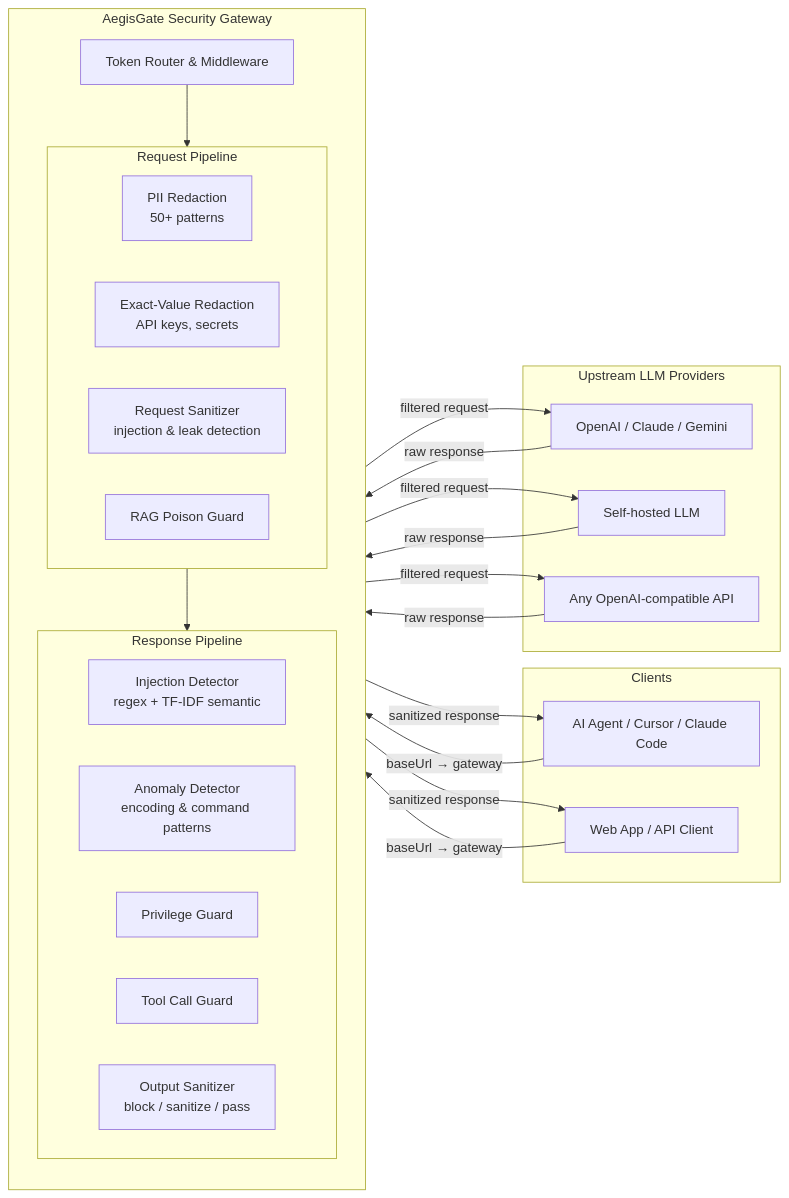
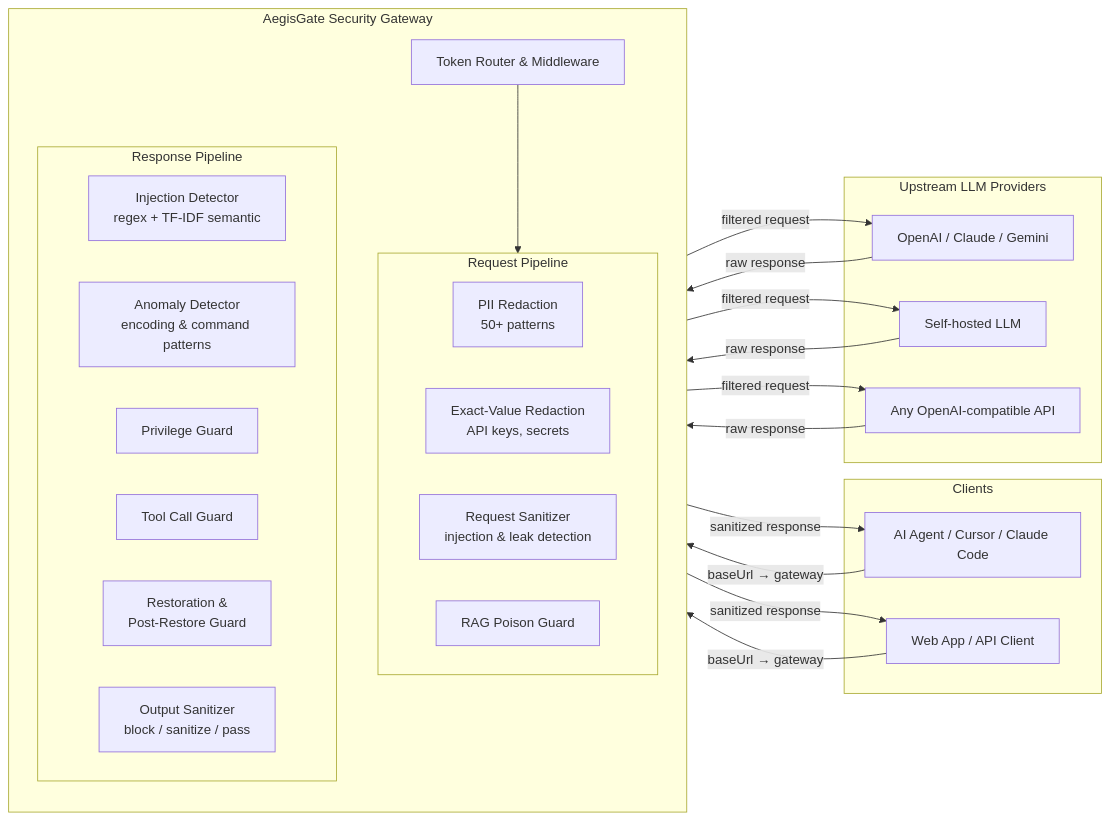
One commit to ax128/AegisGate changed the diagram in README.md. Above: the diagram before and after it, drawn with Mermaid. The commit also changed other lines of this file and 41 other files, not shown here.

````diff
--- a/README.md
+++ b/README.md
@@ -48,40 +48,41 @@
 ```mermaid
 flowchart LR
     subgraph Clients
         A1[AI Agent / Cursor / Claude Code]
         A2[Web App / API Client]
     end
 
     subgraph AegisGate["AegisGate Security Gateway"]
         direction TB
         MW[Token Router & Middleware]
 
         subgraph ReqPipeline["Request Pipeline"]
             R1[PII Redaction<br/>50+ patterns]
             R2[Exact-Value Redaction<br/>API keys, secrets]
             R3[Request Sanitizer<br/>injection & leak detection]
             R4[RAG Poison Guard]
         end
 
         subgraph RespPipeline["Response Pipeline"]
             S1[Injection Detector<br/>regex + TF-IDF semantic]
             S2[Anomaly Detector<br/>encoding & command patterns]
             S3[Privilege Guard]
             S4[Tool Call Guard]
-            S5[Output Sanitizer<br/>block / sanitize / pass]
+            S5[Restoration &<br/>Post-Restore Guard]
+            S6[Output Sanitizer<br/>block / sanitize / pass]
         end
 
-        MW --> ReqPipeline --> RespPipeline
+        MW --> ReqPipeline
     end
 
     subgraph Upstream["Upstream LLM Providers"]
         U1[OpenAI / Claude / Gemini]
         U2[Self-hosted LLM]
         U3[Any OpenAI-compatible API]
     end
 
     A1 & A2 -->|"baseUrl → gateway"| MW
-    RespPipeline -->|filtered request| U1 & U2 & U3
+    ReqPipeline -->|filtered request| U1 & U2 & U3
     U1 & U2 & U3 -->|raw response| RespPipeline
     RespPipeline -->|sanitized response| A1 & A2
 ```
````
